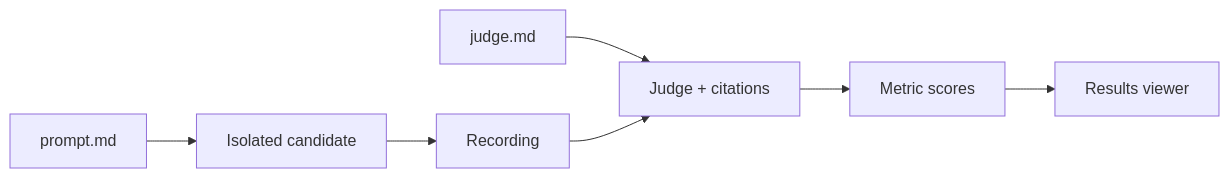
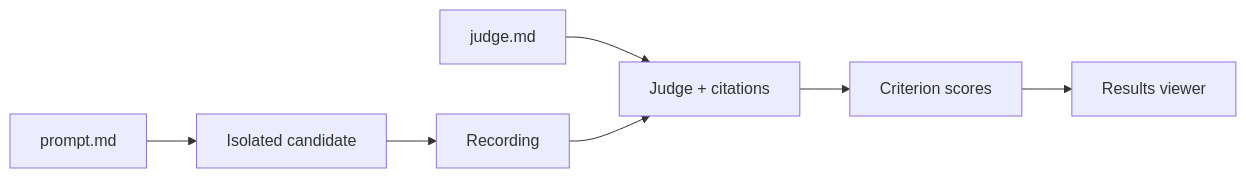
One commit to Hona/openeval changed the diagram in README.md. Above: the diagram before and after it, drawn with Mermaid. The commit also changed other lines of this file and 19 other files, not shown here.

````diff
--- a/README.md
+++ b/README.md
@@ -105,6 +126,6 @@
 ```mermaid
 flowchart LR
   P["prompt.md"] --> C["Isolated candidate"] --> E["Recording"]
   J["judge.md"] --> G["Judge + citations"]
-  E --> G --> S["Metric scores"] --> V["Results viewer"]
+  E --> G --> S["Criterion scores"] --> V["Results viewer"]
 ```
````
